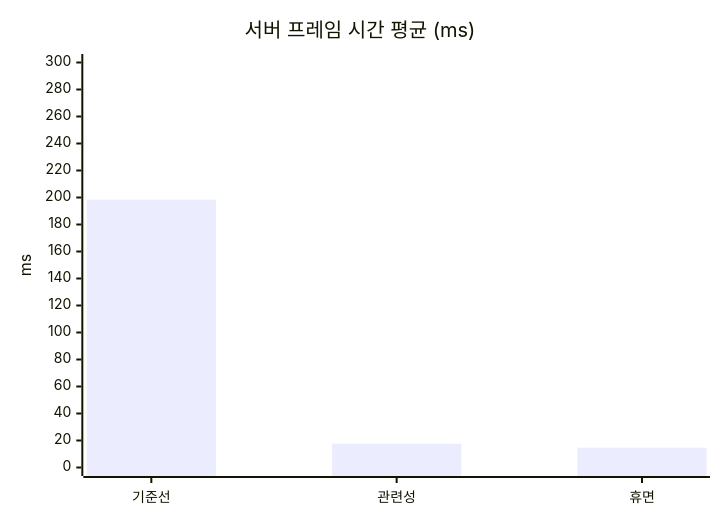
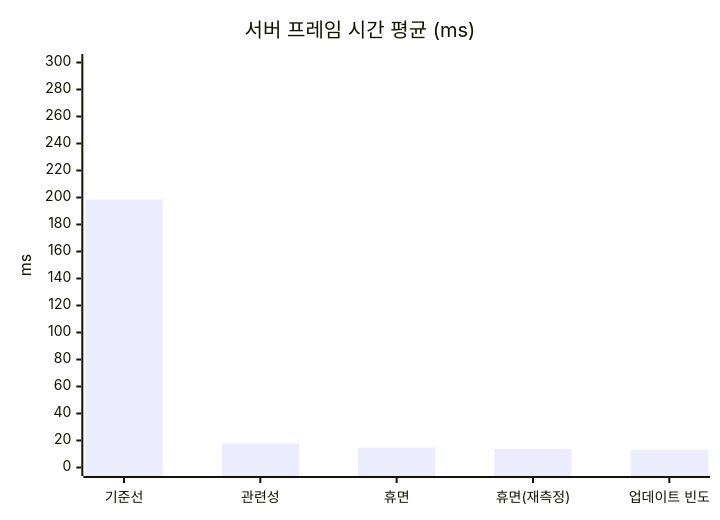
Before and after one commit to hon454/ue-dedicated-server-optimization-lab: the second of 5 diagrams in README.md, drawn with Mermaid. The commit also changed other lines of this file and 26 other files, not shown here.

````diff
--- a/README.md
+++ b/README.md
@@ -97,7 +102,7 @@
 ```mermaid
 xychart-beta
     title "서버 프레임 시간 평균 (ms)"
-    x-axis ["기준선", "관련성", "휴면"]
+    x-axis ["기준선", "관련성", "휴면", "휴면(재측정)", "업데이트 빈도"]
     y-axis "ms" 0 --> 300
-    bar [198.43, 17.64, 14.69]
+    bar [198.43, 17.64, 14.69, 13.60, 13.16]
 ```
````
